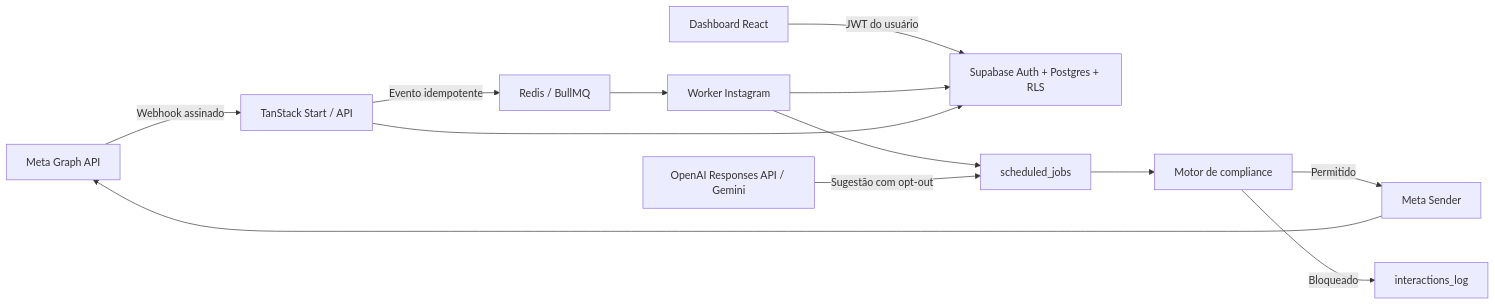
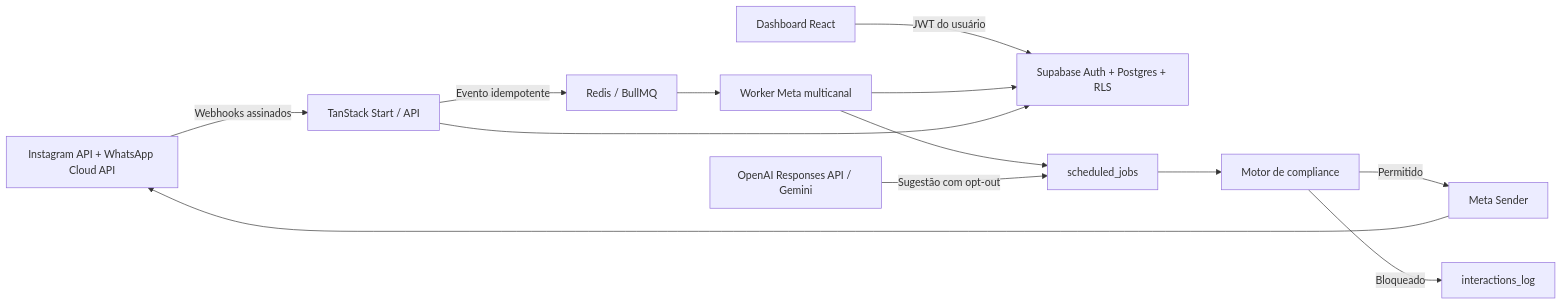
One commit to ShunWalChin/WalChat changed the diagram in README.md. Above: the diagram before and after it, drawn with Mermaid. The commit also changed other lines of this file and 56 other files, not shown here.

Commit message:
Add production-ready Meta Instagram and WhatsApp integration

````diff
--- a/README.md
+++ b/README.md
@@ -47,15 +49,15 @@
 ```mermaid
 flowchart LR
-    Meta["Meta Graph API"] -->|"Webhook assinado"| Webhook["TanStack Start / API"]
+    Meta["Instagram API + WhatsApp Cloud API"] -->|"Webhooks assinados"| Webhook["TanStack Start / API"]
     Browser["Dashboard React"] -->|"JWT do usuário"| Supabase["Supabase Auth + Postgres + RLS"]
     Webhook -->|"Evento idempotente"| Redis["Redis / BullMQ"]
-    Redis --> Worker["Worker Instagram"]
+    Redis --> Worker["Worker Meta multicanal"]
     Worker --> Supabase
     Worker --> Scheduler["scheduled_jobs"]
     Scheduler --> Compliance["Motor de compliance"]
     Compliance -->|"Permitido"| Sender["Meta Sender"]
     Compliance -->|"Bloqueado"| Audit["interactions_log"]
     Sender --> Meta
     Webhook --> Supabase
     AI["OpenAI Responses API / Gemini"] -->|"Sugestão com opt-out"| Scheduler
 ```
````
